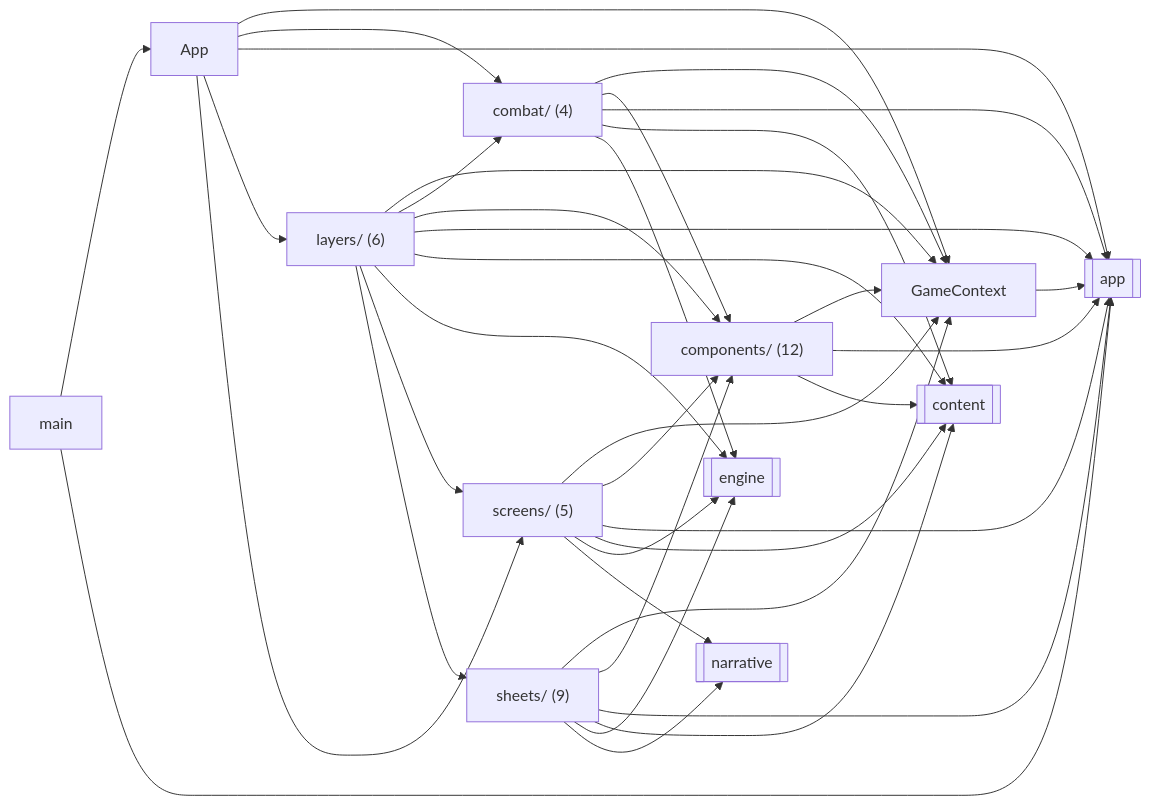
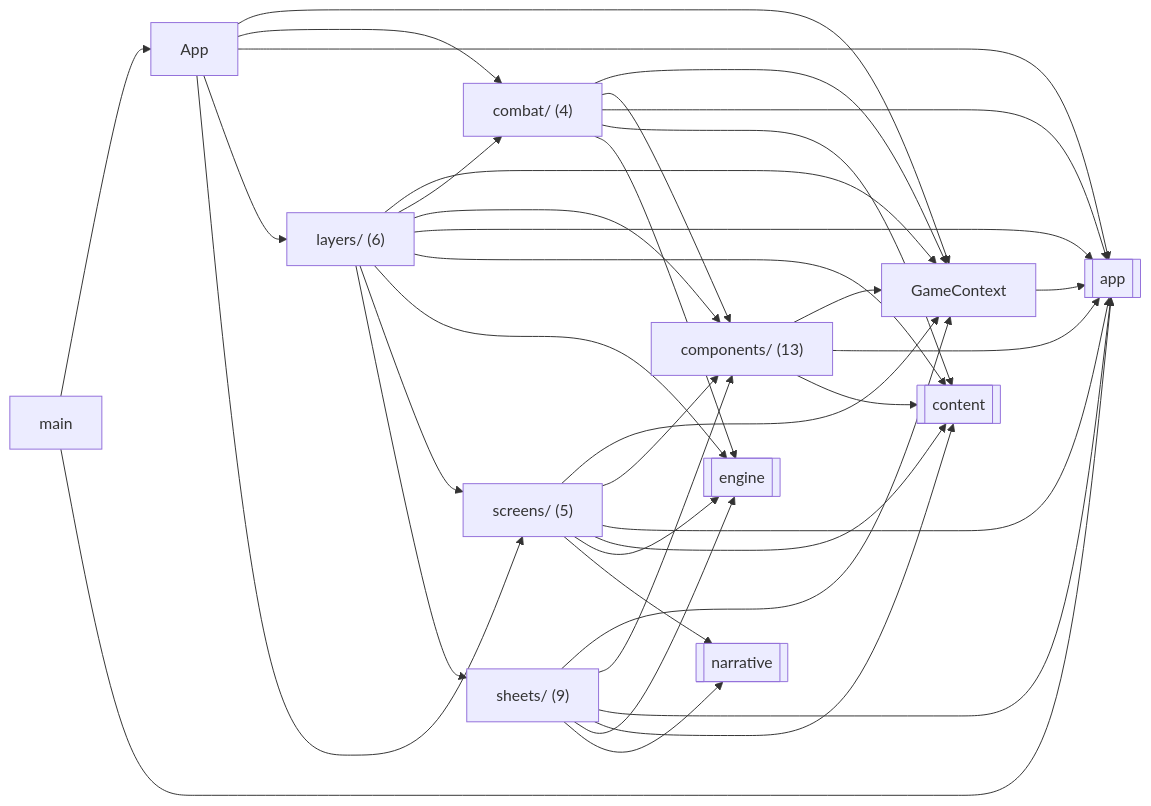
Before and after one commit to OrangeB0lt/Cyber-funk: the diagram in docs/reference/code-map/ui.md, drawn with Mermaid. The commit also changed other lines of this file and 33 other files, not shown here.

````diff
--- a/docs/reference/code-map/ui.md
+++ b/docs/reference/code-map/ui.md
@@ -11,51 +11,51 @@
 ```mermaid
 flowchart LR
   n_App["App"]
   n_GameContext["GameContext"]
   n_combat_["combat/ (4)"]
-  n_components_["components/ (12)"]
+  n_components_["components/ (13)"]
   n_layers_["layers/ (6)"]
   n_main["main"]
   n_screens_["screens/ (5)"]
   n_sheets_["sheets/ (9)"]
   n_ext_app[["app"]]
   n_ext_content[["content"]]
   n_ext_engine[["engine"]]
   n_ext_narrative[["narrative"]]
   n_App --> n_GameContext
   n_App --> n_combat_
   n_App --> n_ext_app
   n_App --> n_layers_
   n_App --> n_screens_
   n_GameContext --> n_ext_app
   n_combat_ --> n_GameContext
   n_combat_ --> n_components_
   n_combat_ --> n_ext_app
   n_combat_ --> n_ext_content
   n_combat_ --> n_ext_engine
   n_components_ --> n_GameContext
   n_components_ --> n_ext_app
   n_components_ --> n_ext_content
   n_layers_ --> n_GameContext
   n_layers_ --> n_combat_
   n_layers_ --> n_components_
   n_layers_ --> n_ext_app
   n_layers_ --> n_ext_content
   n_layers_ --> n_ext_engine
   n_layers_ --> n_screens_
   n_layers_ --> n_sheets_
   n_main --> n_App
   n_main --> n_ext_app
   n_screens_ --> n_GameContext
   n_screens_ --> n_components_
   n_screens_ --> n_ext_app
   n_screens_ --> n_ext_content
   n_screens_ --> n_ext_engine
   n_screens_ --> n_ext_narrative
   n_sheets_ --> n_GameContext
   n_sheets_ --> n_components_
   n_sheets_ --> n_ext_app
   n_sheets_ --> n_ext_content
   n_sheets_ --> n_ext_engine
   n_sheets_ --> n_ext_narrative
 ```
````
